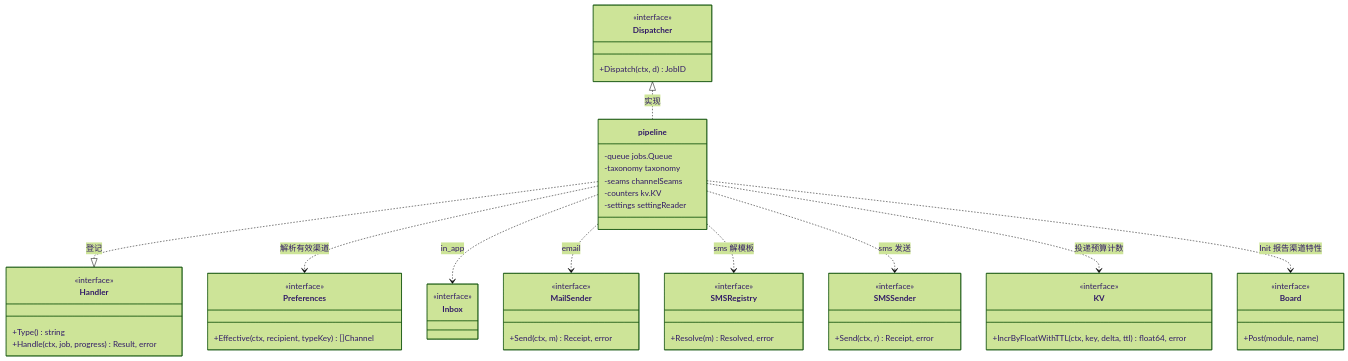
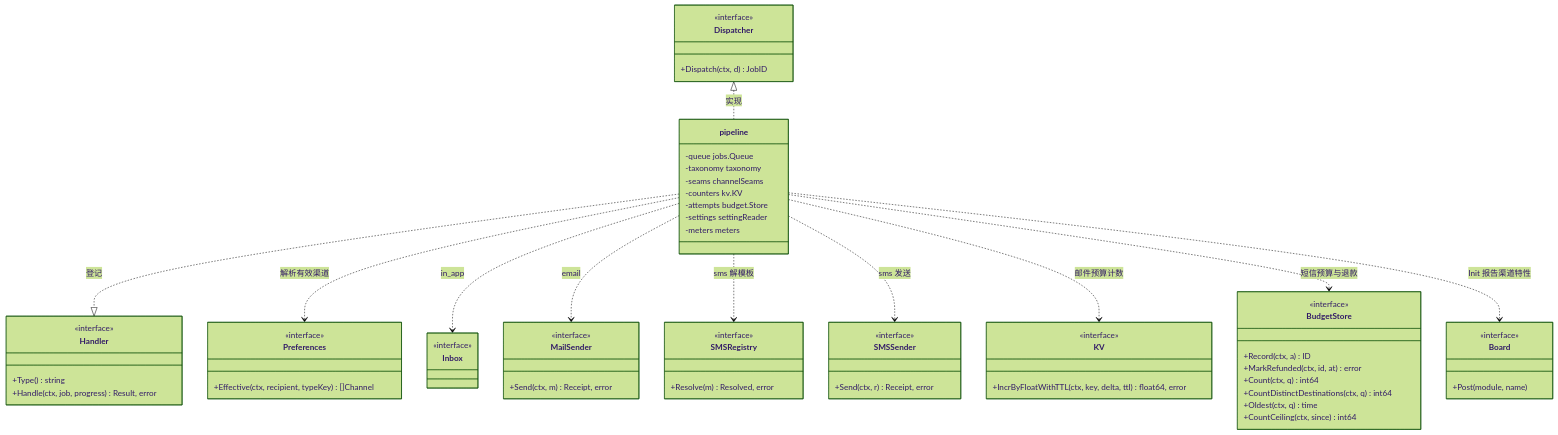
Before and after one commit to wangzw/speed: the second of 2 diagrams in docs/design/modules/notification/design-notification-delivery.md, drawn with Mermaid (forest theme). The commit also changed other lines of this file and 19 other files, not shown here.

````diff
--- a/docs/design/modules/notification/design-notification-delivery.md
+++ b/docs/design/modules/notification/design-notification-delivery.md
@@ -173,55 +181,67 @@
 ```mermaid
 classDiagram
     class Dispatcher {
         <<interface>>
         +Dispatch(ctx, d) JobID
     }
     class Handler {
         <<interface>>
         +Type() string
         +Handle(ctx, job, progress) Result, error
     }
     class Preferences {
         <<interface>>
         +Effective(ctx, recipient, typeKey) []Channel
     }
     class Inbox {
         <<interface>>
     }
     class MailSender {
         <<interface>>
         +Send(ctx, m) Receipt, error
     }
     class SMSRegistry {
         <<interface>>
         +Resolve(m) Resolved, error
     }
     class SMSSender {
         <<interface>>
         +Send(ctx, r) Receipt, error
     }
     class Board {
         <<interface>>
         +Post(module, name)
     }
+    class BudgetStore {
+        <<interface>>
+        +Record(ctx, a) ID
+        +MarkRefunded(ctx, id, at) error
+        +Count(ctx, q) int64
+        +CountDistinctDestinations(ctx, q) int64
+        +Oldest(ctx, q) time
+        +CountCeiling(ctx, since) int64
+    }
     class KV {
         <<interface>>
         +IncrByFloatWithTTL(ctx, key, delta, ttl) float64, error
     }
     class pipeline {
         -queue jobs.Queue
         -taxonomy taxonomy
         -seams channelSeams
         -counters kv.KV
+        -attempts budget.Store
         -settings settingReader
+        -meters meters
     }
     Dispatcher <|.. pipeline : 实现
     pipeline ..|> Handler : 登记
     pipeline ..> Preferences : 解析有效渠道
     pipeline ..> Inbox : in_app
     pipeline ..> MailSender : email
     pipeline ..> SMSRegistry : sms 解模板
     pipeline ..> SMSSender : sms 发送
-    pipeline ..> KV : 投递预算计数
+    pipeline ..> KV : 邮件预算计数
+    pipeline ..> BudgetStore : 短信预算与退款
     pipeline ..> Board : Init 报告渠道特性
 ```
````
